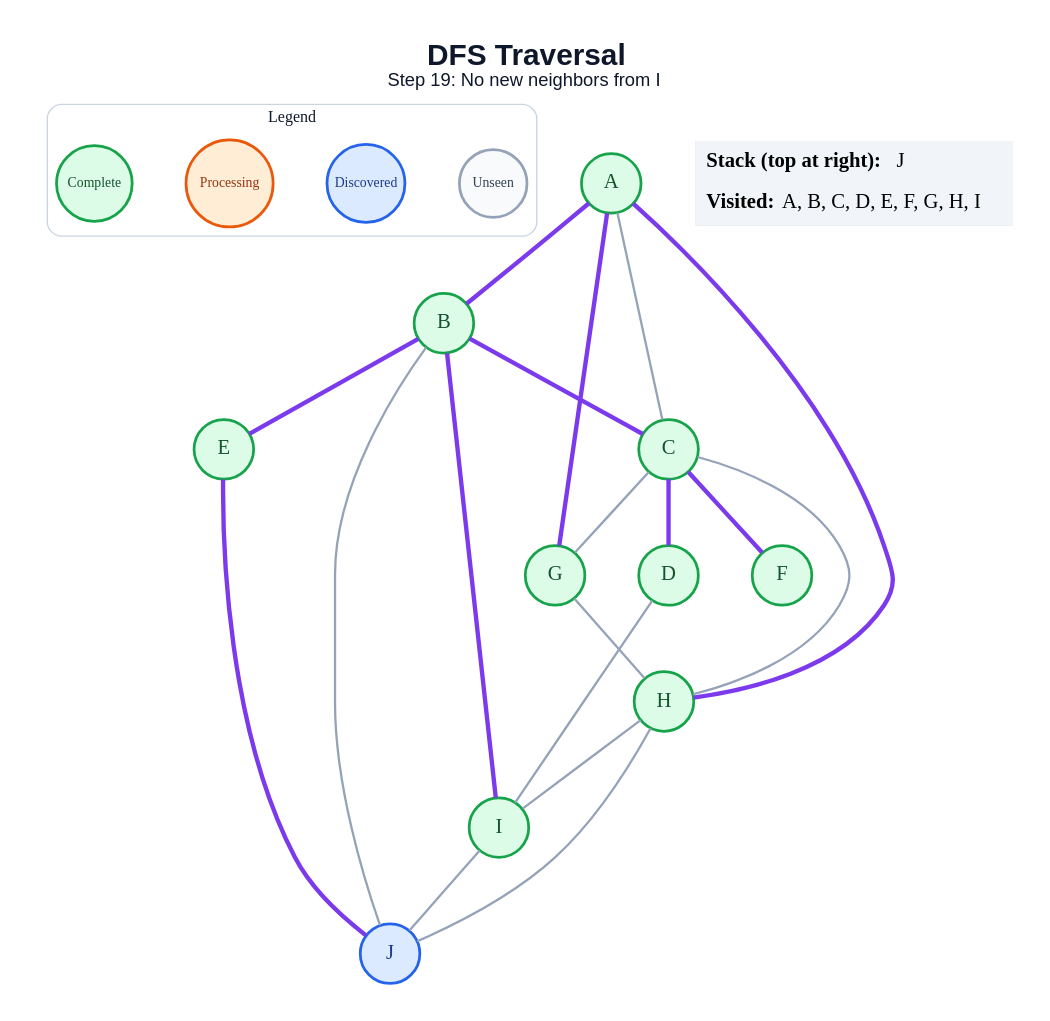
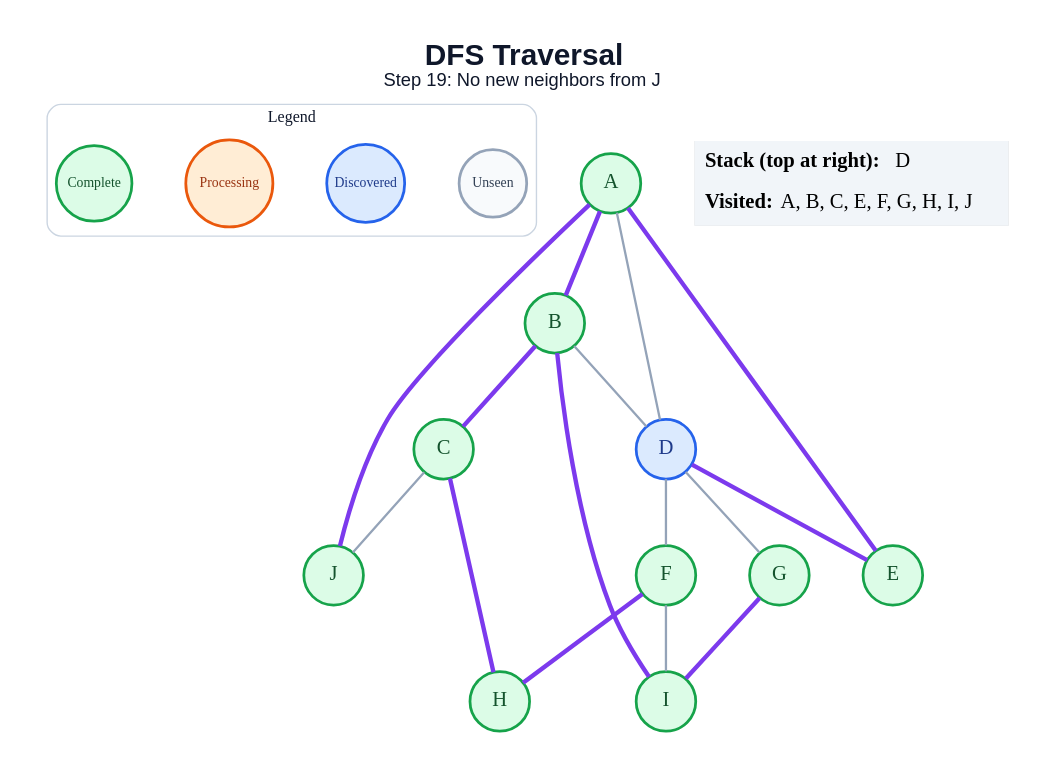
The diagram in generated/specific-node/dfs/step_19.dot (amanghodawala9/ai-slop), drawn with Graphviz before and after one commit. The commit also changed 178 other files, not shown here.

```diff
--- a/generated/specific-node/dfs/step_19.dot
+++ b/generated/specific-node/dfs/step_19.dot
@@ -1,47 +1,44 @@
 graph traversal {
   graph [layout=dot, rankdir=TB, bgcolor="#FFFFFF", pad="0.35", nodesep="0.65", ranksep="0.8", fontname="Arial"];
   node [shape=circle, style="filled", fontname="Arial Bold", fontsize=18, width=0.72, fixedsize=true, penwidth=2.4];
   edge [color="#94A3B8", penwidth=2.0];
-  label=<<B>DFS Traversal</B><BR/><FONT POINT-SIZE="16">Step 19: No new neighbors from I</FONT>>; labelloc="t"; fontsize=26; fontname="Arial"; fontcolor="#0F172A";
+  label=<<B>DFS Traversal</B><BR/><FONT POINT-SIZE="16">Step 19: No new neighbors from J</FONT>>; labelloc="t"; fontsize=26; fontname="Arial"; fontcolor="#0F172A";
   subgraph cluster_legend { label="Legend"; color="#CBD5E1"; penwidth=1.2; style="rounded"; fontsize=14; fontname="Arial Bold";
     key_unseen [label="Unseen", fillcolor="#F8FAFC", color="#94A3B8", fontcolor="#334155", fontsize=12, width=0.82];
     key_frontier [label="Discovered", fillcolor="#DBEAFE", color="#2563EB", fontcolor="#1E3A8A", fontsize=12, width=0.95];
     key_current [label="Processing", fillcolor="#FFEDD5", color="#EA580C", fontcolor="#9A3412", fontsize=12, width=1.05];
     key_done [label="Complete", fillcolor="#DCFCE7", color="#16A34A", fontcolor="#14532D", fontsize=12, width=0.92];
     { rank=same; key_unseen; key_frontier; key_current; key_done; }
   }
   A [fillcolor="#DCFCE7", color="#16A34A", fontcolor="#14532D"];
   B [fillcolor="#DCFCE7", color="#16A34A", fontcolor="#14532D"];
   C [fillcolor="#DCFCE7", color="#16A34A", fontcolor="#14532D"];
-  D [fillcolor="#DCFCE7", color="#16A34A", fontcolor="#14532D"];
+  D [fillcolor="#DBEAFE", color="#2563EB", fontcolor="#1E3A8A"];
   E [fillcolor="#DCFCE7", color="#16A34A", fontcolor="#14532D"];
   F [fillcolor="#DCFCE7", color="#16A34A", fontcolor="#14532D"];
   G [fillcolor="#DCFCE7", color="#16A34A", fontcolor="#14532D"];
   H [fillcolor="#DCFCE7", color="#16A34A", fontcolor="#14532D"];
   I [fillcolor="#DCFCE7", color="#16A34A", fontcolor="#14532D"];
-  J [fillcolor="#DBEAFE", color="#2563EB", fontcolor="#1E3A8A"];
+  J [fillcolor="#DCFCE7", color="#16A34A", fontcolor="#14532D"];
   A -- B [color="#7C3AED", penwidth=3.8];
-  A -- C;
-  A -- G [color="#7C3AED", penwidth=3.8];
-  A -- H [color="#7C3AED", penwidth=3.8];
+  A -- D;
+  A -- E [color="#7C3AED", penwidth=3.8];
+  A -- J [color="#7C3AED", penwidth=3.8];
   B -- C [color="#7C3AED", penwidth=3.8];
-  B -- E [color="#7C3AED", penwidth=3.8];
+  B -- D;
   B -- I [color="#7C3AED", penwidth=3.8];
-  B -- J;
-  C -- D [color="#7C3AED", penwidth=3.8];
-  C -- F [color="#7C3AED", penwidth=3.8];
-  C -- G;
-  C -- H;
-  D -- I;
-  E -- J [color="#7C3AED", penwidth=3.8];
-  G -- H;
-  H -- I;
-  H -- J;
-  I -- J;
+  C -- H [color="#7C3AED", penwidth=3.8];
+  C -- J;
+  D -- E [color="#7C3AED", penwidth=3.8];
+  D -- F;
+  D -- G;
+  F -- H [color="#7C3AED", penwidth=3.8];
+  F -- I;
+  G -- I [color="#7C3AED", penwidth=3.8];
   status [shape=plain, fixedsize=false, width=0, height=0, margin=0, label=<
     <TABLE BORDER="0" CELLBORDER="0" CELLPADDING="7" BGCOLOR="#F1F5F9">
-      <TR><TD ALIGN="LEFT"><B>Stack (top at right):</B> J</TD></TR>
-      <TR><TD ALIGN="LEFT"><B>Visited:</B> A, B, C, D, E, F, G, H, I</TD></TR>
+      <TR><TD ALIGN="LEFT"><B>Stack (top at right):</B> D</TD></TR>
+      <TR><TD ALIGN="LEFT"><B>Visited:</B> A, B, C, E, F, G, H, I, J</TD></TR>
     </TABLE>
   >];
 }
```
